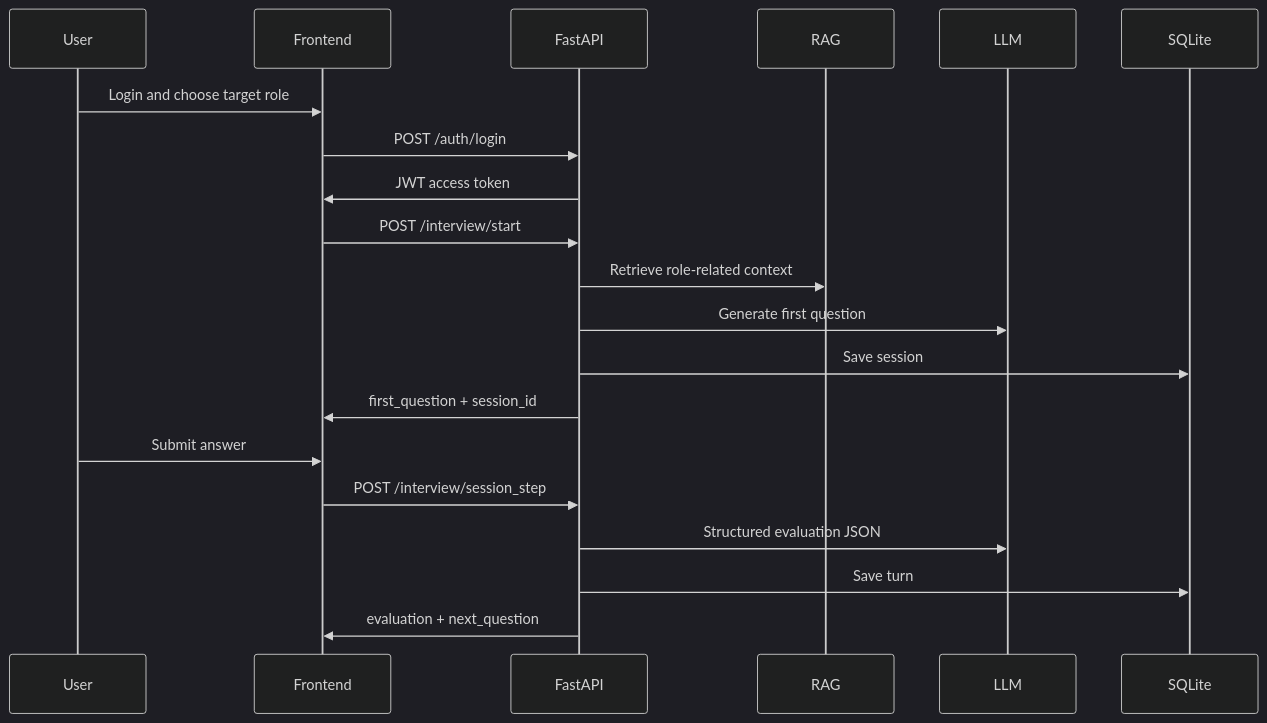
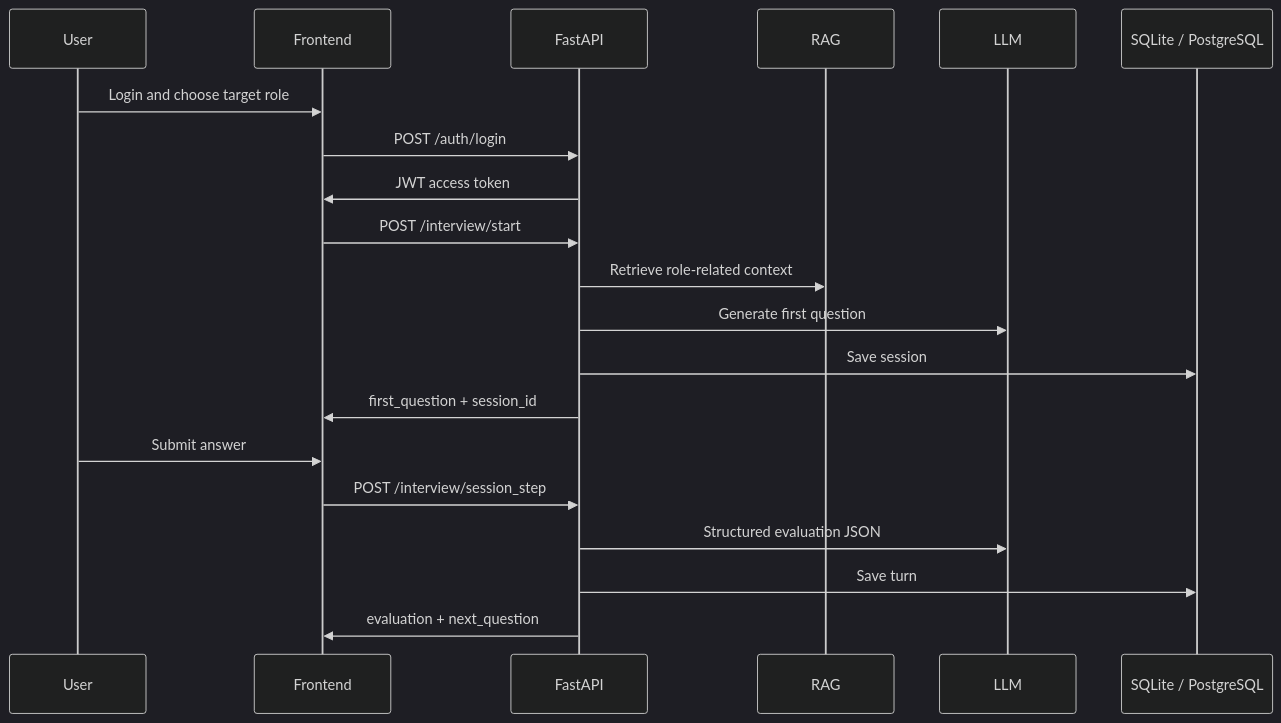
One commit to wenjieding327/ai-interview-platform changed the second of 2 diagrams in docs/ARCHITECTURE.md. Above: the diagram before and after it, drawn with Mermaid (dark theme). The commit also changed other lines of this file and 21 other files, not shown here.

````diff
--- a/docs/ARCHITECTURE.md
+++ b/docs/ARCHITECTURE.md
@@ -24,23 +25,23 @@
 ```mermaid
 sequenceDiagram
     participant U as User
     participant F as Frontend
     participant B as FastAPI
     participant R as RAG
     participant L as LLM
-    participant DB as SQLite
+    participant DB as SQLite / PostgreSQL
 
     U->>F: Login and choose target role
     F->>B: POST /auth/login
     B->>F: JWT access token
     F->>B: POST /interview/start
     B->>R: Retrieve role-related context
     B->>L: Generate first question
     B->>DB: Save session
     B->>F: first_question + session_id
     U->>F: Submit answer
     F->>B: POST /interview/session_step
     B->>L: Structured evaluation JSON
     B->>DB: Save turn
     B->>F: evaluation + next_question
 ```
````
